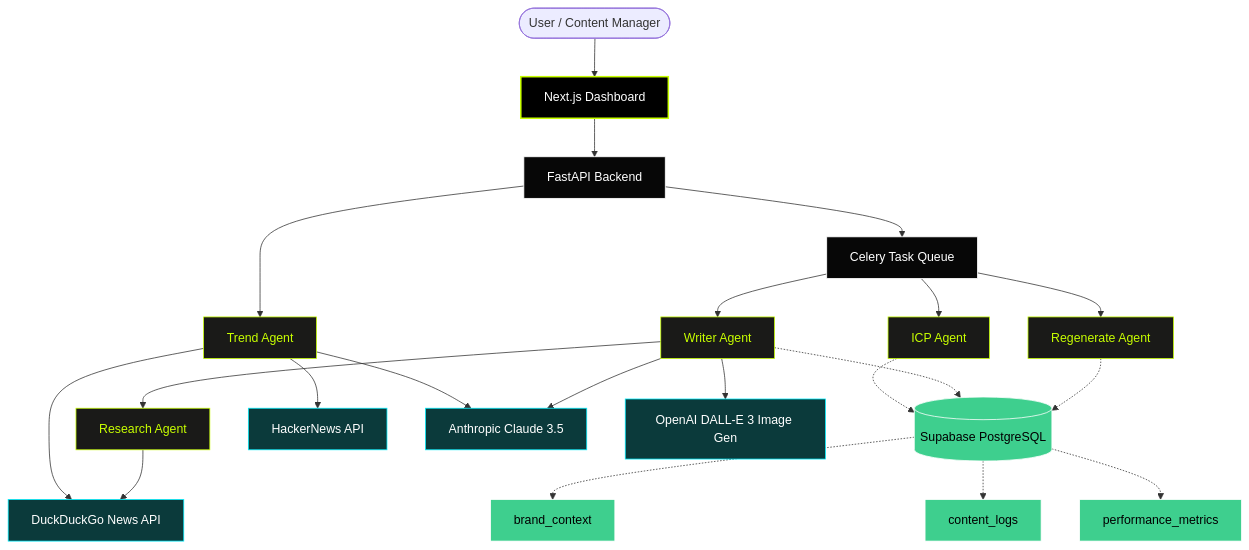
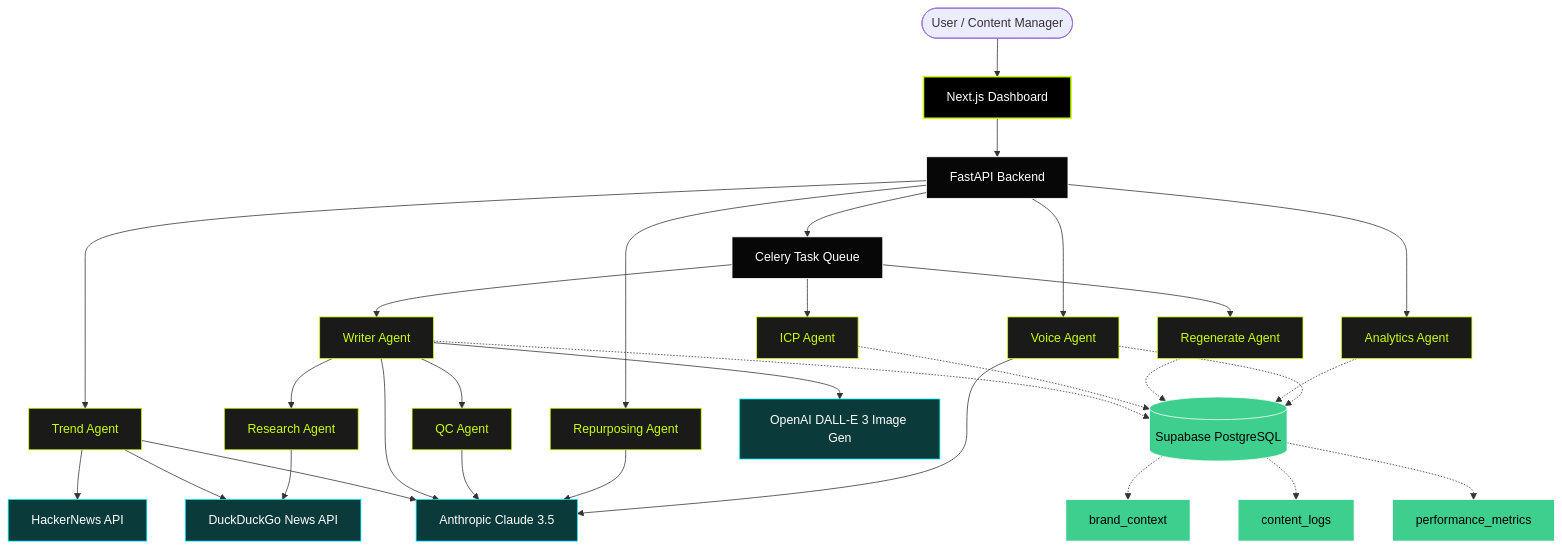
One commit to bitcot/agentic-content-automation changed the diagram in README.md. Above: the diagram before and after it, drawn with Mermaid. The commit also changed other lines of this file and 11 other files, not shown here.

````diff
--- a/README.md
+++ b/README.md
@@ -33,45 +36,54 @@
 ```mermaid
 graph TD
     %% Core Infrastructure
     User([User / Content Manager]) --> UI[Next.js Dashboard]
     UI --> API[FastAPI Backend]
     
     %% Agents & Logic
     API --> TrendAgent[Trend Agent]
     API --> Celery[Celery Task Queue]
     Celery --> ICPAgent[ICP Agent]
     Celery --> WriterAgent[Writer Agent]
     Celery --> RegenAgent[Regenerate Agent]
     WriterAgent --> ResearchAgent[Research Agent]
+    WriterAgent --> QCAgent[QC Agent]
+    API --> RepurposingAgent[Repurposing Agent]
+    API --> AnalyticsAgent[Analytics Agent]
+    API --> VoiceAgent[Voice Agent]
     
     %% Brain & Memory
     ICPAgent -.-> Supabase[(Supabase PostgreSQL)]
     WriterAgent -.-> Supabase
     RegenAgent -.-> Supabase
+    AnalyticsAgent -.-> Supabase
+    VoiceAgent -.-> Supabase
     
     %% External Services
     TrendAgent --> HN[HackerNews API]
     TrendAgent --> DDG[DuckDuckGo News API]
     TrendAgent --> Claude[Anthropic Claude 3.5]
     WriterAgent --> Claude
+    QCAgent --> Claude
+    RepurposingAgent --> Claude
+    VoiceAgent --> Claude
     WriterAgent --> OpenAI[OpenAI DALL-E 3 Image Gen]
     ResearchAgent --> DDG
     
     %% Data Models inside DB
     Supabase -.-> BrandContext[brand_context]
     Supabase -.-> ContentLogs[content_logs]
     Supabase -.-> PerfMetrics[performance_metrics]
     
     %% Styling
     classDef ui fill:#000,stroke:#C8FF00,stroke-width:2px,color:#fff;
     classDef api fill:#070707,stroke:#fff,stroke-width:1px,color:#fff;
     classDef agent fill:#1A1A18,stroke:#C8FF00,stroke-width:1px,color:#C8FF00;
     classDef external fill:#0b3a3b,stroke:#00f0ff,stroke-width:1px,color:#fff;
     classDef db fill:#3ECF8E,stroke:#fff,stroke-width:1px,color:#000;
     
     class UI ui;
     class API,Celery api;
-    class ICPAgent,WriterAgent,RegenAgent,ResearchAgent,TrendAgent agent;
+    class ICPAgent,WriterAgent,RegenAgent,ResearchAgent,TrendAgent,QCAgent,RepurposingAgent,AnalyticsAgent,VoiceAgent agent;
     class HN,DDG,Claude,OpenAI external;
     class Supabase,BrandContext,ContentLogs,PerfMetrics db;
 ```
````
